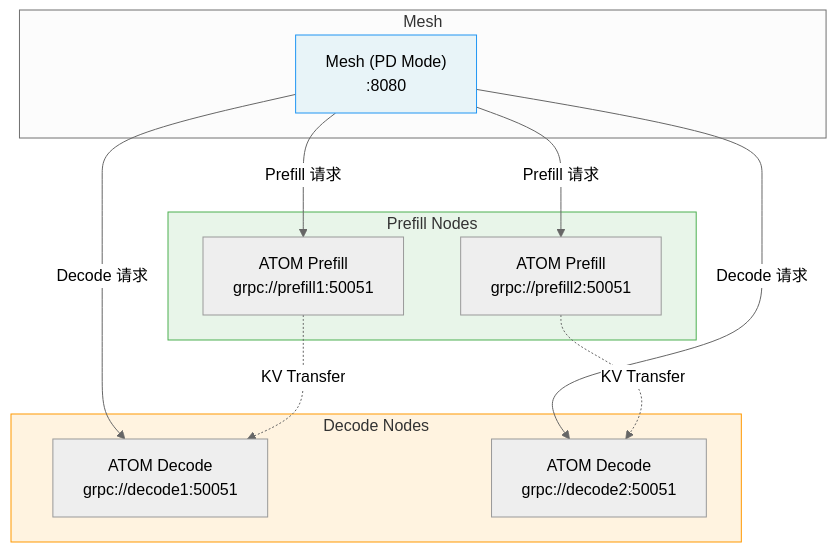
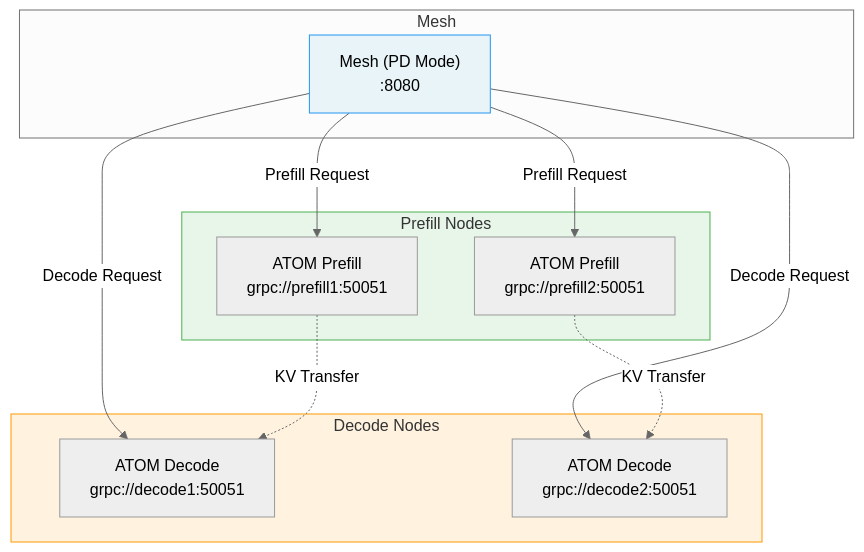
The seventh of 7 diagrams in mesh/docs/atom_grpc_integration.md (Jasen2201/ATOM), drawn with Mermaid (neutral theme) before and after one commit. The commit also changed other lines of this file, not shown here.

````diff
--- a/mesh/docs/atom_grpc_integration.md
+++ b/mesh/docs/atom_grpc_integration.md
@@ -614,27 +497,27 @@
 ```mermaid
 graph TB
     subgraph MeshLayer["Mesh"]
         MESH_PD["Mesh (PD Mode)<br/>:8080"]
     end
 
     subgraph Prefill["Prefill Nodes"]
         P1["ATOM Prefill<br/>grpc://prefill1:50051"]
         P2["ATOM Prefill<br/>grpc://prefill2:50051"]
     end
 
     subgraph Decode["Decode Nodes"]
         D1["ATOM Decode<br/>grpc://decode1:50051"]
         D2["ATOM Decode<br/>grpc://decode2:50051"]
     end
 
-    MESH_PD -- "Prefill 请求" --> P1
-    MESH_PD -- "Prefill 请求" --> P2
-    MESH_PD -- "Decode 请求" --> D1
-    MESH_PD -- "Decode 请求" --> D2
+    MESH_PD -- "Prefill Request" --> P1
+    MESH_PD -- "Prefill Request" --> P2
+    MESH_PD -- "Decode Request" --> D1
+    MESH_PD -- "Decode Request" --> D2
     P1 -. "KV Transfer" .-> D1
     P2 -. "KV Transfer" .-> D2
 
     style MESH_PD fill:#e8f4f8,stroke:#2196F3
     style Prefill fill:#e8f5e9,stroke:#4CAF50
     style Decode fill:#fff3e0,stroke:#FF9800
 ```
````
